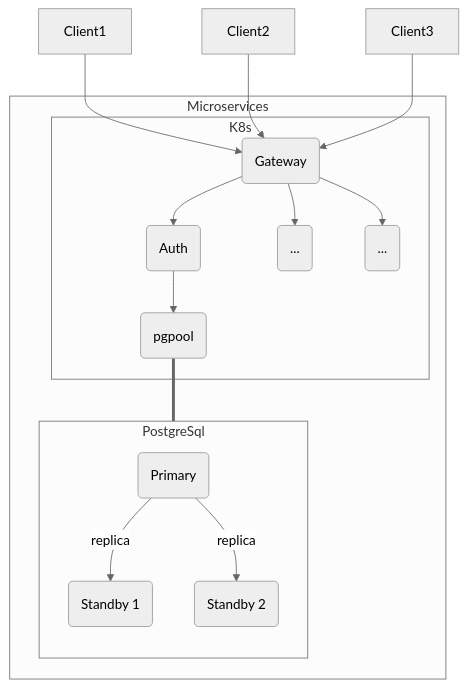
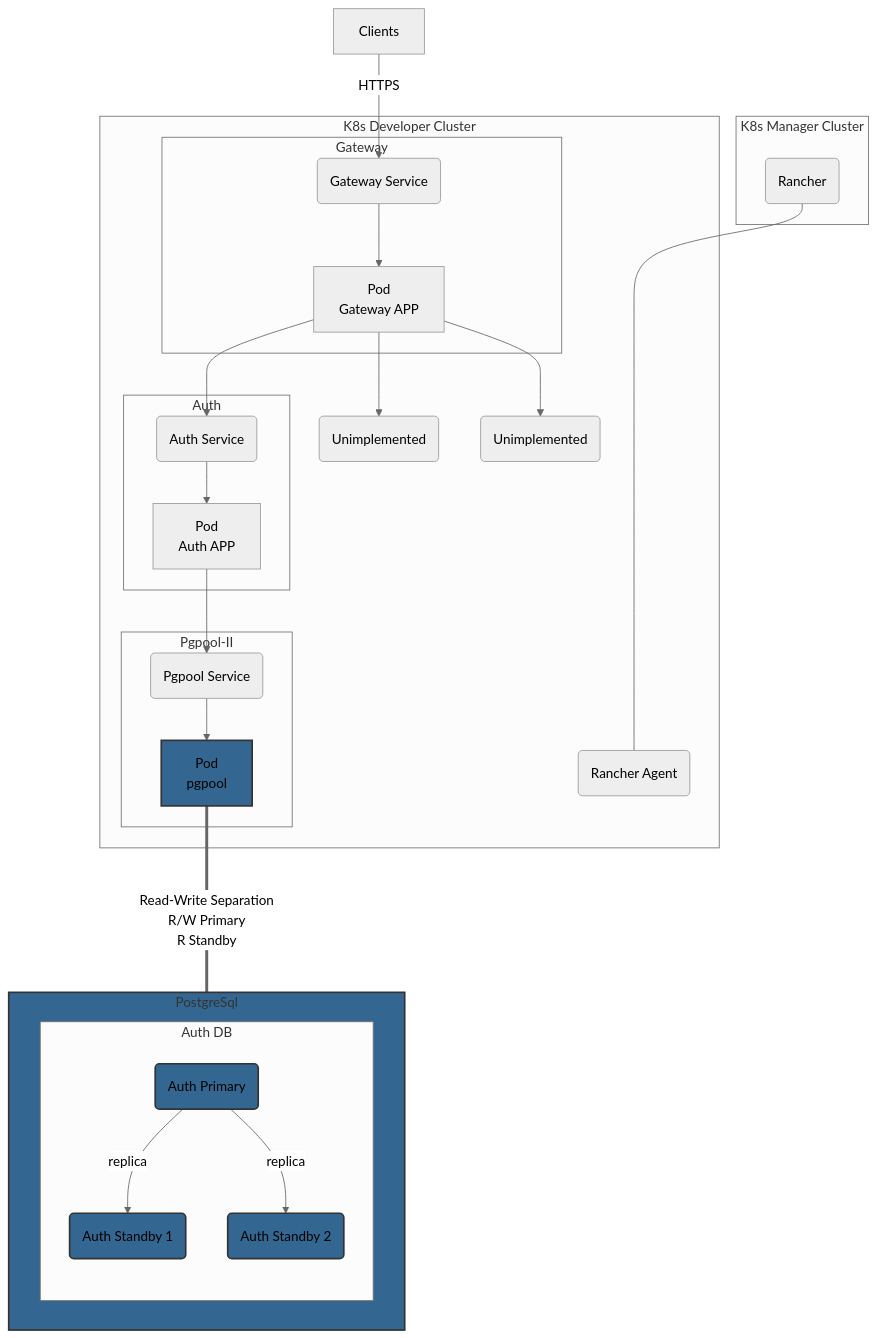
One commit to reddtsai/reddservice changed the diagram in README.md. Above: the diagram before and after it, drawn with Mermaid (neutral theme). The commit also changed other lines of this file and 3 other files, not shown here.

````diff
--- a/README.md
+++ b/README.md
@@ -59,21 +65,51 @@
 ```mermaid
 flowchart TB
-    A1[Client1] --> gateway(Gateway)
-    A2[Client2] --> gateway(Gateway)
-    A3[Client3] --> gateway(Gateway)
-    subgraph Microservices
-        subgraph K8s
-        gateway --> auth(Auth)
-        gateway --> order(...)
-        gateway --> pay(...)
-        auth --> pgpool(pgpool)
+    classDef db fill:#336791,stroke:#333,stroke-width:2px;
+
+    C[Clients] -- HTTPS --> gatewaySvc
+
+    subgraph devCluster["K8s Developer Cluster"]
+        rancherA(Rancher Agent)
+
+        gatewayPod --> authSvc(Auth Service)
+        subgraph Gateway
+            gatewaySvc(Gateway Service) -->
+            gatewayPod["Pod
+            Gateway APP"]
         end
-        pgpool === PostgreSql
-        subgraph PostgreSql
-        direction TB
-        primary(Primary) --> |replica| standby1(Standby 1)
-        primary(Primary) --> |replica| standby2(Standby 2)
+
+        subgraph Auth
+            authSvc -->
+            authPod["Pod
+            Auth APP"]
+        end
+        authPod --> pgpoolSvc
+
+        subgraph pgpool["Pgpool-II"]
+            pgpoolSvc(Pgpool Service) -->
+            pgpoolPod["Pod
+            pgpool"]:::db
+        end
+
+        gatewayPod --> orderSvc(Unimplemented)
+        gatewayPod --> paySvc(Unimplemented)
+    end
+
+    subgraph manCluster["K8s Manager Cluster"]
+        rancher(Rancher) ------- rancherA
+    end
+
+    subgraph postgreSql["PostgreSql"]
+        subgraph Auth DB
+            direction TB
+            authP(Auth Primary):::db
+            authP --> |replica| authS1(Auth Standby 1):::db
+            authP --> |replica| authS2(Auth Standby 2):::db
         end
     end
-
+    pgpoolPod ==== |"
+    Read-Write Separation
+    R/W Primary
+    R Standby
+    "| postgreSql:::db
 ```
````
